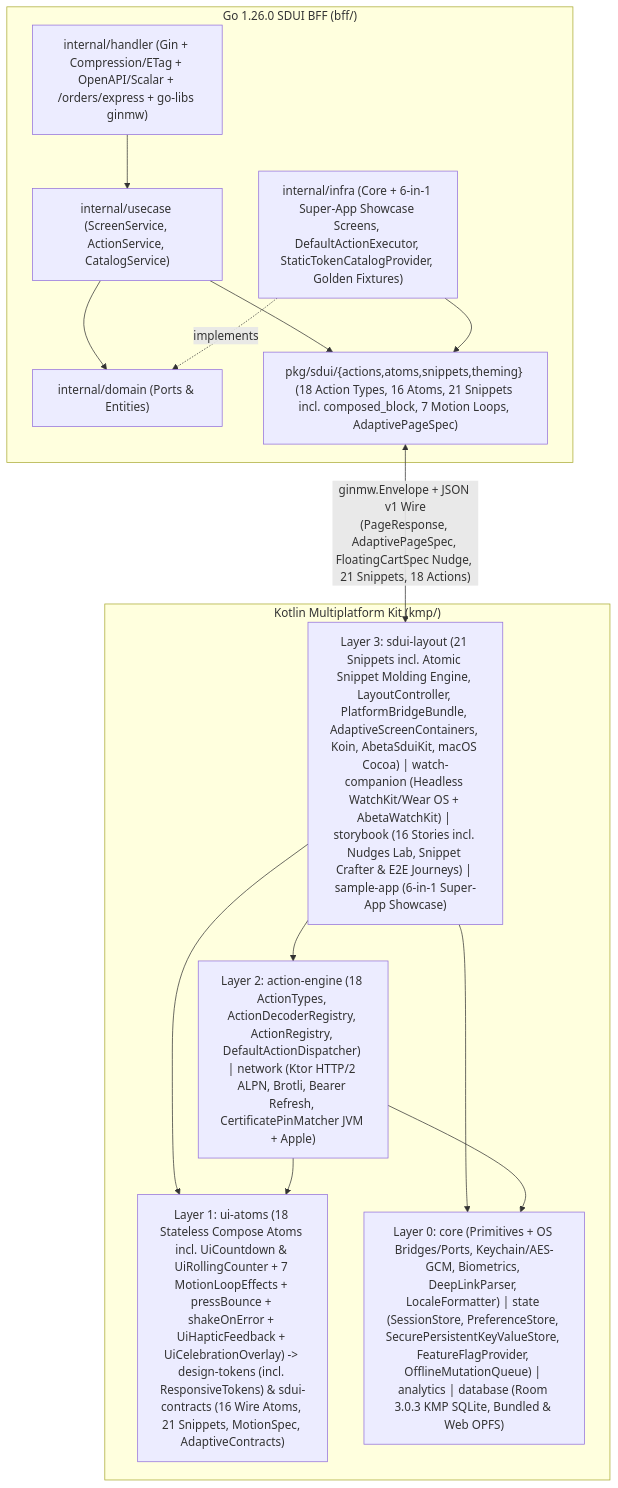
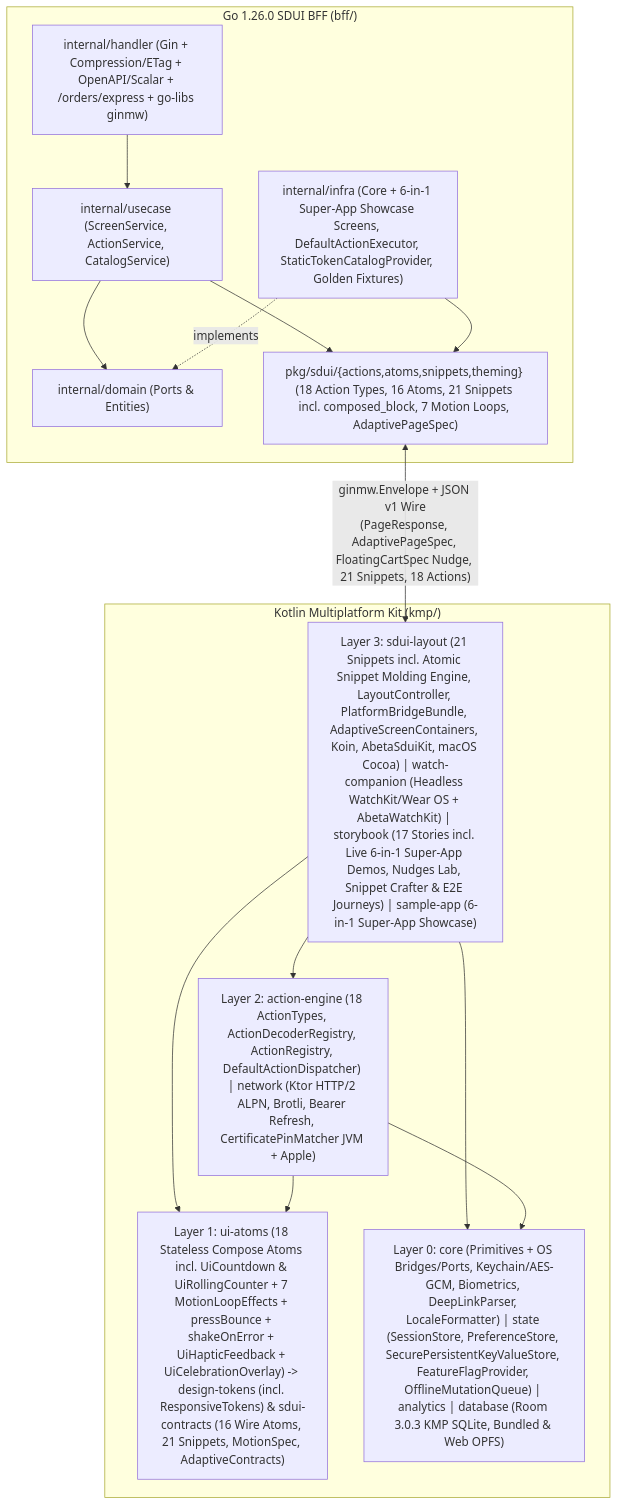
Before and after one commit to Abeta-dev/kmp: the diagram in README.md, drawn with Mermaid. The commit also changed other lines of this file and 42 other files, not shown here.

Commit message:
feat(storybook,ui-atoms,sdui-layout): add live 6-in-1 Super-App browser demos and eliminate UI animation/layout jitter

````diff
--- a/README.md
+++ b/README.md
@@ -43,29 +43,29 @@
 ```mermaid
 flowchart TB
     subgraph BFF["Go 1.26.0 SDUI BFF (bff/)"]
         BFF_H["internal/handler (Gin + Compression/ETag + OpenAPI/Scalar + /orders/express + go-libs ginmw)"]
         BFF_U["internal/usecase (ScreenService, ActionService, CatalogService)"]
         BFF_D["internal/domain (Ports & Entities)"]
         BFF_I["internal/infra (Core + 6-in-1 Super-App Showcase Screens, DefaultActionExecutor, StaticTokenCatalogProvider, Golden Fixtures)"]
         BFF_P["pkg/sdui/{actions,atoms,snippets,theming} (18 Action Types, 16 Atoms, 21 Snippets incl. composed_block, 7 Motion Loops, AdaptivePageSpec)"]
         BFF_H --> BFF_U --> BFF_D
         BFF_I -. "implements" .-> BFF_D
         BFF_U --> BFF_P
         BFF_I --> BFF_P
     end
 
     subgraph KMP["Kotlin Multiplatform Kit (kmp/)"]
-        L3["Layer 3: sdui-layout (21 Snippets incl. Atomic Snippet Molding Engine, LayoutController, PlatformBridgeBundle, AdaptiveScreenContainers, Koin, AbetaSduiKit, macOS Cocoa) | watch-companion (Headless WatchKit/Wear OS + AbetaWatchKit) | storybook (16 Stories incl. Nudges Lab, Snippet Crafter & E2E Journeys) | sample-app (6-in-1 Super-App Showcase)"]
+        L3["Layer 3: sdui-layout (21 Snippets incl. Atomic Snippet Molding Engine, LayoutController, PlatformBridgeBundle, AdaptiveScreenContainers, Koin, AbetaSduiKit, macOS Cocoa) | watch-companion (Headless WatchKit/Wear OS + AbetaWatchKit) | storybook (17 Stories incl. Live 6-in-1 Super-App Demos, Nudges Lab, Snippet Crafter & E2E Journeys) | sample-app (6-in-1 Super-App Showcase)"]
         L2["Layer 2: action-engine (18 ActionTypes, ActionDecoderRegistry, ActionRegistry, DefaultActionDispatcher) | network (Ktor HTTP/2 ALPN, Brotli, Bearer Refresh, CertificatePinMatcher JVM + Apple)"]
         L1["Layer 1: ui-atoms (18 Stateless Compose Atoms incl. UiCountdown & UiRollingCounter + 7 MotionLoopEffects + pressBounce + shakeOnError + UiHapticFeedback + UiCelebrationOverlay) -> design-tokens (incl. ResponsiveTokens) & sdui-contracts (16 Wire Atoms, 21 Snippets, MotionSpec, AdaptiveContracts)"]
         L0["Layer 0: core (Primitives + OS Bridges/Ports, Keychain/AES-GCM, Biometrics, DeepLinkParser, LocaleFormatter) | state (SessionStore, PreferenceStore, SecurePersistentKeyValueStore, FeatureFlagProvider, OfflineMutationQueue) | analytics | database (Room 3.0.3 KMP SQLite, Bundled & Web OPFS)"]
 
         L3 --> L2
         L3 --> L1
         L3 --> L0
         L2 --> L0
         L2 --> L1
     end
 
     BFF_P <-- "ginmw.Envelope + JSON v1 Wire\n(PageResponse, AdaptivePageSpec, FloatingCartSpec Nudge, 21 Snippets, 18 Actions)" --> L3
 ```
````
